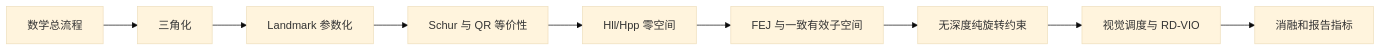
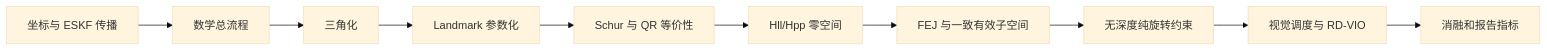
The diagram in docs/README.md (CainHu/SchurVIO), drawn with Mermaid (base theme) before and after one commit. The commit also changed other lines of this file and 26 other files, not shown here.

Commit message:
docs: 补全 SchurVIO 数学推导与重实现指南

````diff
--- a/docs/README.md
+++ b/docs/README.md
@@ -54,11 +60,12 @@
 ```mermaid
 flowchart LR
-    A["数学总流程"] --> B["三角化"]
-    B --> C["Landmark 参数化"]
-    C --> D["Schur 与 QR 等价性"]
-    D --> E["Hll/Hpp 零空间"]
-    E --> F["FEJ 与一致有效子空间"]
-    F --> G["无深度纯旋转约束"]
-    G --> H["视觉调度与 RD-VIO"]
-    H --> I["消融和报告指标"]
+    A["坐标与 ESKF 传播"] --> B["数学总流程"]
+    B --> C["三角化"]
+    C --> D["Landmark 参数化"]
+    D --> E["Schur 与 QR 等价性"]
+    E --> F["Hll/Hpp 零空间"]
+    F --> G["FEJ 与一致有效子空间"]
+    G --> H["无深度纯旋转约束"]
+    H --> I["视觉调度与 RD-VIO"]
+    I --> J["消融和报告指标"]
 ```
````
